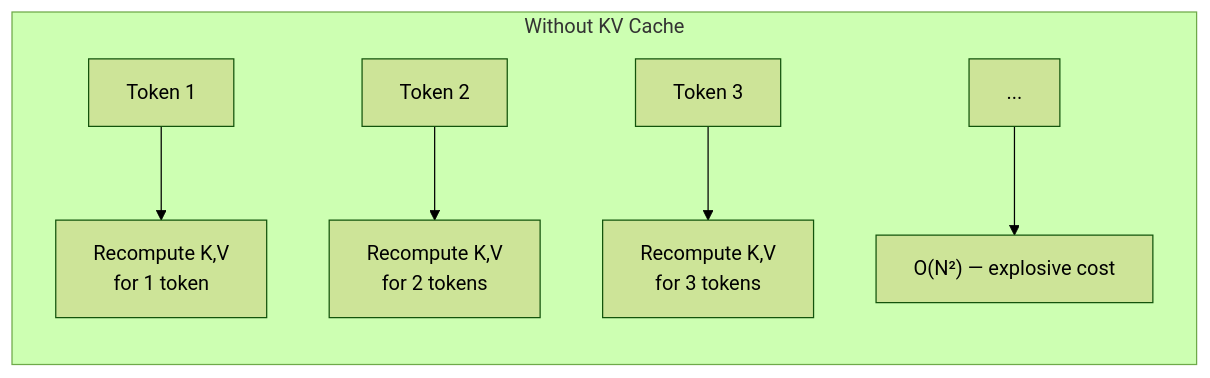
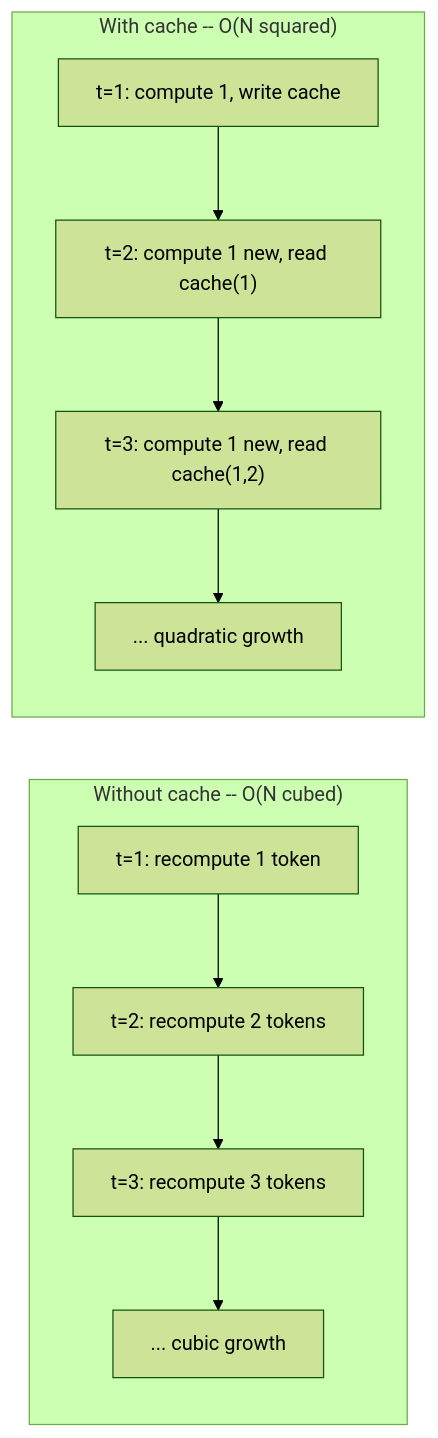
The first of 8 diagrams in docs/explain/kv-cache.md (ADORSYS-GIS/Custom-Ai-Ops), drawn with Mermaid (forest theme) before and after one commit. The commit also changed other lines of this file and 25 other files, not shown here.

````diff
--- a/docs/explain/kv-cache.md
+++ b/docs/explain/kv-cache.md
@@ -34,9 +77,15 @@
 ```mermaid
 flowchart LR
-    subgraph "Without KV Cache"
-        A1["Token 1"] --> B1["Recompute K,V\nfor 1 token"]
-        A2["Token 2"] --> B2["Recompute K,V\nfor 2 tokens"]
-        A3["Token 3"] --> B3["Recompute K,V\nfor 3 tokens"]
-        A4["..."] --> B4["O(N²) — explosive cost"]
+    subgraph SC["Without cache -- O(N cubed)"]
+        direction TB
+        A1["t=1: recompute 1 token"] --> A2["t=2: recompute 2 tokens"]
+        A2 --> A3["t=3: recompute 3 tokens"]
+        A3 --> A4["... cubic growth"]
+    end
+    subgraph AC["With cache -- O(N squared)"]
+        direction TB
+        B1["t=1: compute 1, write cache"] --> B2["t=2: compute 1 new, read cache(1)"]
+        B2 --> B3["t=3: compute 1 new, read cache(1,2)"]
+        B3 --> B4["... quadratic growth"]
     end
 ```
````
